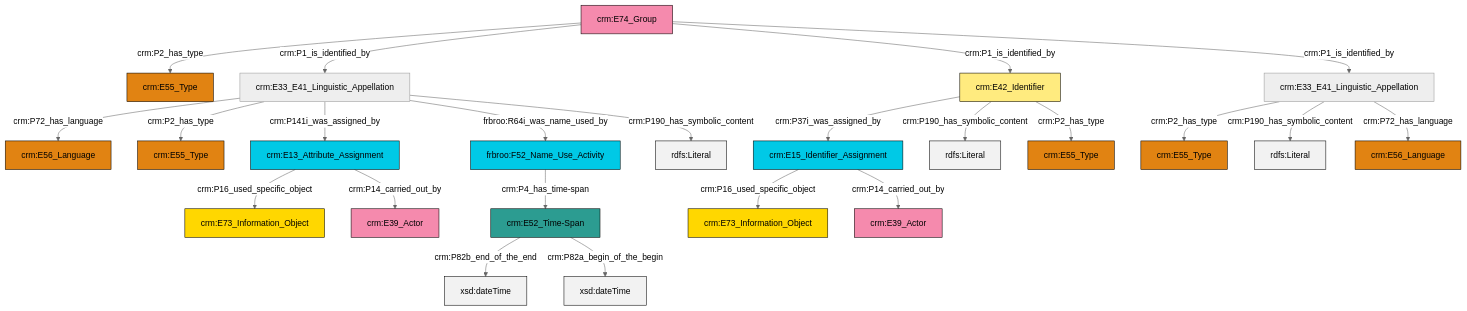
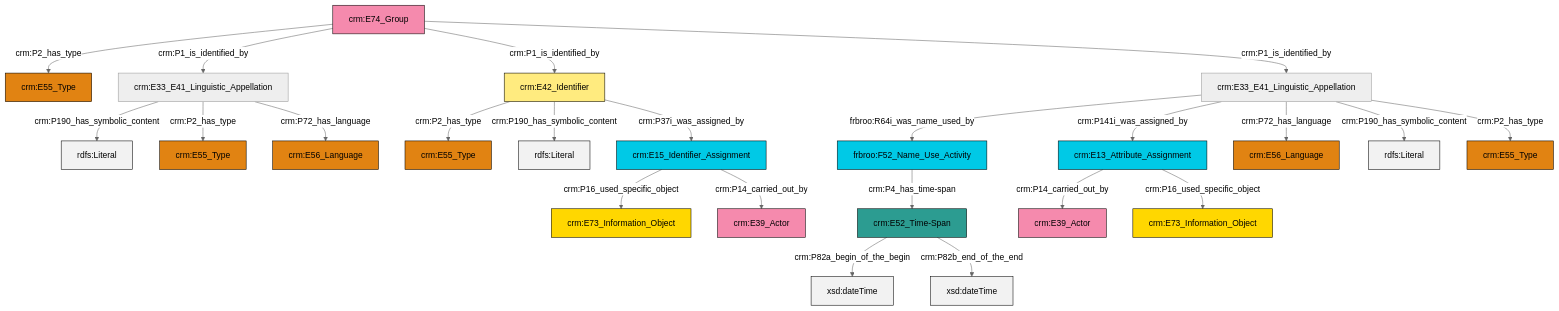
Before and after one commit to swiss-art-research-net/docs.swissartresearch: the diagram in et/groupCSV/ttl/mmd/group_name.ttl.mmd, drawn with Mermaid (neutral theme). The commit also changed 180 other files, not shown here.

```diff
--- a/et/groupCSV/ttl/mmd/group_name.ttl.mmd
+++ b/et/groupCSV/ttl/mmd/group_name.ttl.mmd
@@ -1,37 +1,37 @@
 graph TD
 classDef Literal fill:#f2f2f2,stroke:#000000;
 classDef CRM_Entity fill:#FFFFFF,stroke:#000000;
 classDef Temporal_Entity fill:#00C9E6, stroke:#000000;
 classDef Type fill:#E18312, stroke:#000000;
 classDef Time-Span fill:#2C9C91, stroke:#000000;
 classDef Appellation fill:#FFEB7F, stroke:#000000;
 classDef Place fill:#008836, stroke:#000000;
 classDef Persistent_Item fill:#B266B2, stroke:#000000;
 classDef Conceptual_Object fill:#FFD700, stroke:#000000;
 classDef Physical_Thing fill:#D2B48C, stroke:#000000;
 classDef Actor fill:#f58aad, stroke:#000000;
 classDef PC_Classes fill:#4ce600, stroke:#000000;
 classDef Multi fill:#cccccc,stroke:#000000;
 
-0["crm:E33_E41_Linguistic_Appellation"]:::Default -->|crm:P2_has_type| 1["crm:E55_Type"]:::Type
-5["crm:E13_Attribute_Assignment"]:::Temporal_Entity -->|crm:P16_used_specific_object| 6["crm:E73_Information_Object"]:::Conceptual_Object
-2["crm:E33_E41_Linguistic_Appellation"]:::Default -->|crm:P72_has_language| 9["crm:E56_Language"]:::Type
-12["crm:E52_Time-Span"]:::Time-Span -->|crm:P82b_end_of_the_end| 13[xsd:dateTime]:::Literal
-14["frbroo:F52_Name_Use_Activity"]:::Temporal_Entity -->|crm:P4_has_time-span| 12["crm:E52_Time-Span"]:::Time-Span
-15["crm:E74_Group"]:::Actor -->|crm:P2_has_type| 16["crm:E55_Type"]:::Type
-12["crm:E52_Time-Span"]:::Time-Span -->|crm:P82a_begin_of_the_begin| 20[xsd:dateTime]:::Literal
-2["crm:E33_E41_Linguistic_Appellation"]:::Default -->|crm:P2_has_type| 21["crm:E55_Type"]:::Type
-0["crm:E33_E41_Linguistic_Appellation"]:::Default -->|crm:P190_has_symbolic_content| 22[rdfs:Literal]:::Literal
-2["crm:E33_E41_Linguistic_Appellation"]:::Default -->|crm:P141i_was_assigned_by| 5["crm:E13_Attribute_Assignment"]:::Temporal_Entity
-28["crm:E15_Identifier_Assignment"]:::Temporal_Entity -->|crm:P16_used_specific_object| 29["crm:E73_Information_Object"]:::Conceptual_Object
-15["crm:E74_Group"]:::Actor -->|crm:P1_is_identified_by| 2["crm:E33_E41_Linguistic_Appellation"]:::Default
-31["crm:E42_Identifier"]:::Appellation -->|crm:P37i_was_assigned_by| 28["crm:E15_Identifier_Assignment"]:::Temporal_Entity
-5["crm:E13_Attribute_Assignment"]:::Temporal_Entity -->|crm:P14_carried_out_by| 7["crm:E39_Actor"]:::Actor
-15["crm:E74_Group"]:::Actor -->|crm:P1_is_identified_by| 31["crm:E42_Identifier"]:::Appellation
-31["crm:E42_Identifier"]:::Appellation -->|crm:P190_has_symbolic_content| 40[rdfs:Literal]:::Literal
-15["crm:E74_Group"]:::Actor -->|crm:P1_is_identified_by| 0["crm:E33_E41_Linguistic_Appellation"]:::Default
-0["crm:E33_E41_Linguistic_Appellation"]:::Default -->|crm:P72_has_language| 33["crm:E56_Language"]:::Type
-2["crm:E33_E41_Linguistic_Appellation"]:::Default -->|frbroo:R64i_was_name_used_by| 14["frbroo:F52_Name_Use_Activity"]:::Temporal_Entity
-2["crm:E33_E41_Linguistic_Appellation"]:::Default -->|crm:P190_has_symbolic_content| 41[rdfs:Literal]:::Literal
-28["crm:E15_Identifier_Assignment"]:::Temporal_Entity -->|crm:P14_carried_out_by| 10["crm:E39_Actor"]:::Actor
-31["crm:E42_Identifier"]:::Appellation -->|crm:P2_has_type| 35["crm:E55_Type"]:::Type
+0["crm:E15_Identifier_Assignment"]:::Temporal_Entity -->|crm:P16_used_specific_object| 1["crm:E73_Information_Object"]:::Conceptual_Object
+2["crm:E74_Group"]:::Actor -->|crm:P2_has_type| 3["crm:E55_Type"]:::Type
+7["crm:E33_E41_Linguistic_Appellation"]:::Default -->|crm:P190_has_symbolic_content| 8[rdfs:Literal]:::Literal
+12["crm:E13_Attribute_Assignment"]:::Temporal_Entity -->|crm:P14_carried_out_by| 13["crm:E39_Actor"]:::Actor
+7["crm:E33_E41_Linguistic_Appellation"]:::Default -->|crm:P2_has_type| 15["crm:E55_Type"]:::Type
+16["crm:E33_E41_Linguistic_Appellation"]:::Default -->|frbroo:R64i_was_name_used_by| 17["frbroo:F52_Name_Use_Activity"]:::Temporal_Entity
+12["crm:E13_Attribute_Assignment"]:::Temporal_Entity -->|crm:P16_used_specific_object| 10["crm:E73_Information_Object"]:::Conceptual_Object
+16["crm:E33_E41_Linguistic_Appellation"]:::Default -->|crm:P141i_was_assigned_by| 12["crm:E13_Attribute_Assignment"]:::Temporal_Entity
+0["crm:E15_Identifier_Assignment"]:::Temporal_Entity -->|crm:P14_carried_out_by| 4["crm:E39_Actor"]:::Actor
+16["crm:E33_E41_Linguistic_Appellation"]:::Default -->|crm:P72_has_language| 23["crm:E56_Language"]:::Type
+24["crm:E52_Time-Span"]:::Time-Span -->|crm:P82a_begin_of_the_begin| 25[xsd:dateTime]:::Literal
+24["crm:E52_Time-Span"]:::Time-Span -->|crm:P82b_end_of_the_end| 27[xsd:dateTime]:::Literal
+2["crm:E74_Group"]:::Actor -->|crm:P1_is_identified_by| 7["crm:E33_E41_Linguistic_Appellation"]:::Default
+7["crm:E33_E41_Linguistic_Appellation"]:::Default -->|crm:P72_has_language| 32["crm:E56_Language"]:::Type
+36["crm:E42_Identifier"]:::Appellation -->|crm:P2_has_type| 28["crm:E55_Type"]:::Type
+17["frbroo:F52_Name_Use_Activity"]:::Temporal_Entity -->|crm:P4_has_time-span| 24["crm:E52_Time-Span"]:::Time-Span
+2["crm:E74_Group"]:::Actor -->|crm:P1_is_identified_by| 36["crm:E42_Identifier"]:::Appellation
+2["crm:E74_Group"]:::Actor -->|crm:P1_is_identified_by| 16["crm:E33_E41_Linguistic_Appellation"]:::Default
+36["crm:E42_Identifier"]:::Appellation -->|crm:P190_has_symbolic_content| 38[rdfs:Literal]:::Literal
+16["crm:E33_E41_Linguistic_Appellation"]:::Default -->|crm:P190_has_symbolic_content| 39[rdfs:Literal]:::Literal
+36["crm:E42_Identifier"]:::Appellation -->|crm:P37i_was_assigned_by| 0["crm:E15_Identifier_Assignment"]:::Temporal_Entity
+16["crm:E33_E41_Linguistic_Appellation"]:::Default -->|crm:P2_has_type| 18["crm:E55_Type"]:::Type
```
